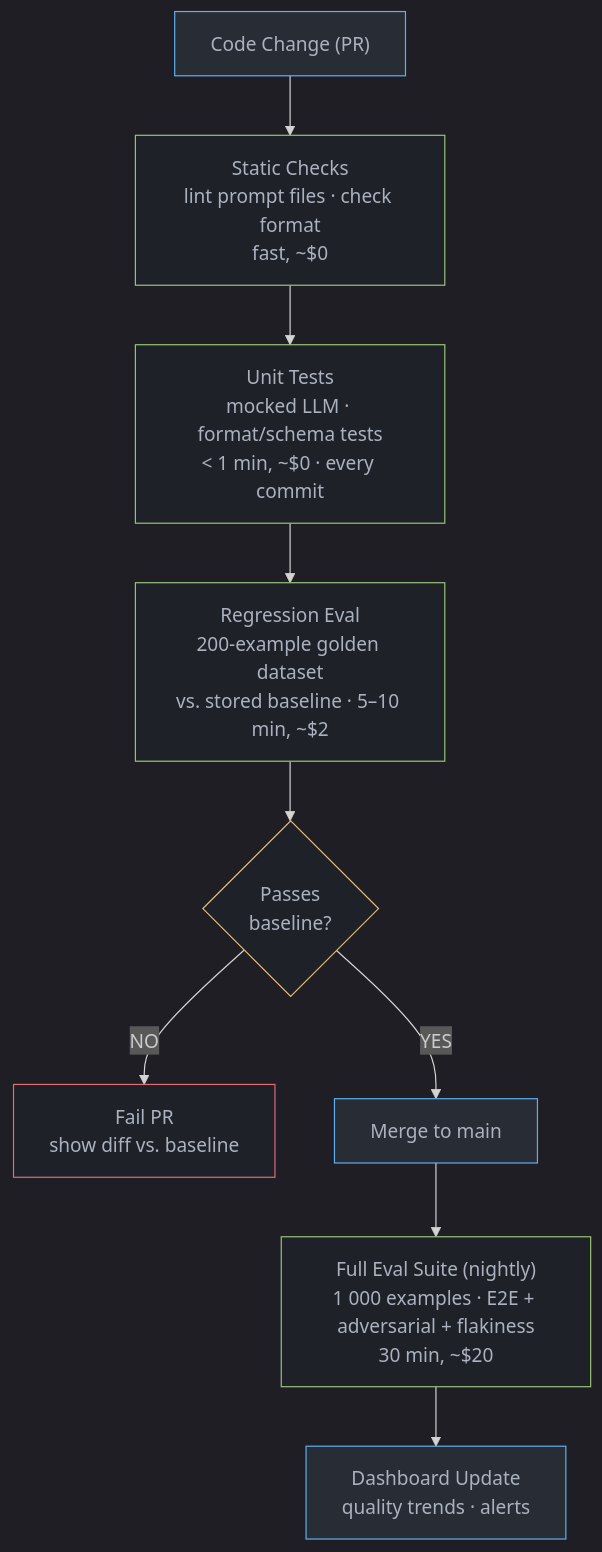
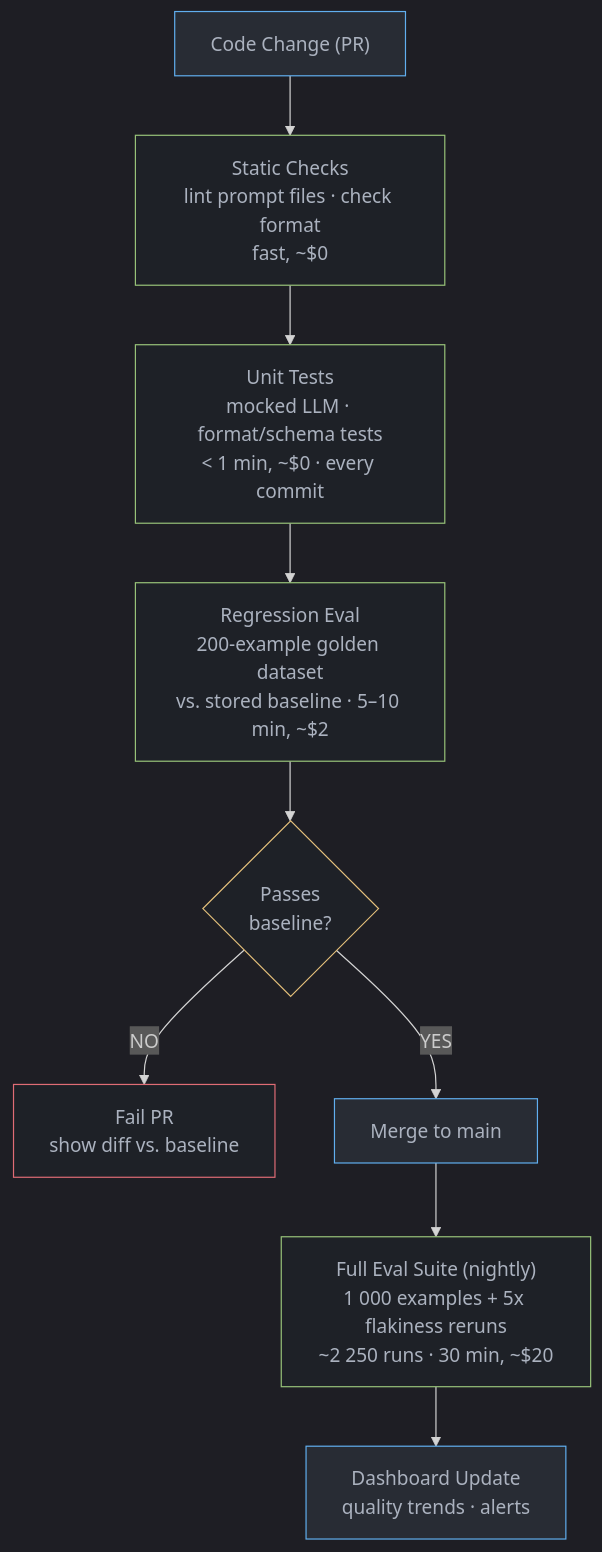
Before and after one commit to rppol/system-design: the first of 2 diagrams in src/main/java/com/rutik/systemdesign/llm/llm_testing_strategies/README.md, drawn with Mermaid. The commit also changed other lines of this file and 18 other files, not shown here.

````diff
--- a/src/main/java/com/rutik/systemdesign/llm/llm_testing_strategies/README.md
+++ b/src/main/java/com/rutik/systemdesign/llm/llm_testing_strategies/README.md
@@ -107,28 +107,28 @@
 ```mermaid
 %%{init: {'flowchart': {'curve': 'basis'}, 'theme': 'dark'}}%%
 flowchart TD
     classDef io     fill:#282c34,stroke:#61afef,color:#abb2bf
     classDef proc   fill:#1e2127,stroke:#98c379,color:#abb2bf
     classDef decide fill:#1e2127,stroke:#e5c07b,color:#abb2bf
     classDef warn   fill:#1e2127,stroke:#e06c75,color:#abb2bf
 
     PR["Code Change (PR)"]
     STATIC["Static Checks\nlint prompt files · check format\nfast, ~$0"]
     UNIT["Unit Tests\nmocked LLM · format/schema tests\n< 1 min, ~$0 · every commit"]
     REG["Regression Eval\n200-example golden dataset\nvs. stored baseline · 5–10 min, ~$2"]
     PASS{"Passes\nbaseline?"}
     FAIL["Fail PR\nshow diff vs. baseline"]
     MERGE["Merge to main"]
-    NIGHTLY["Full Eval Suite (nightly)\n1 000 examples · E2E + adversarial + flakiness\n30 min, ~$20"]
+    NIGHTLY["Full Eval Suite (nightly)\n1 000 examples + 5x flakiness reruns\n~2 250 runs · 30 min, ~$20"]
     DASH["Dashboard Update\nquality trends · alerts"]
 
     PR --> STATIC --> UNIT --> REG --> PASS
     PASS -->|"NO"| FAIL
     PASS -->|"YES"| MERGE --> NIGHTLY --> DASH
 
     class PR,MERGE io
     class STATIC,UNIT,REG,NIGHTLY proc
     class PASS decide
     class FAIL warn
     class DASH io
 ```
````
